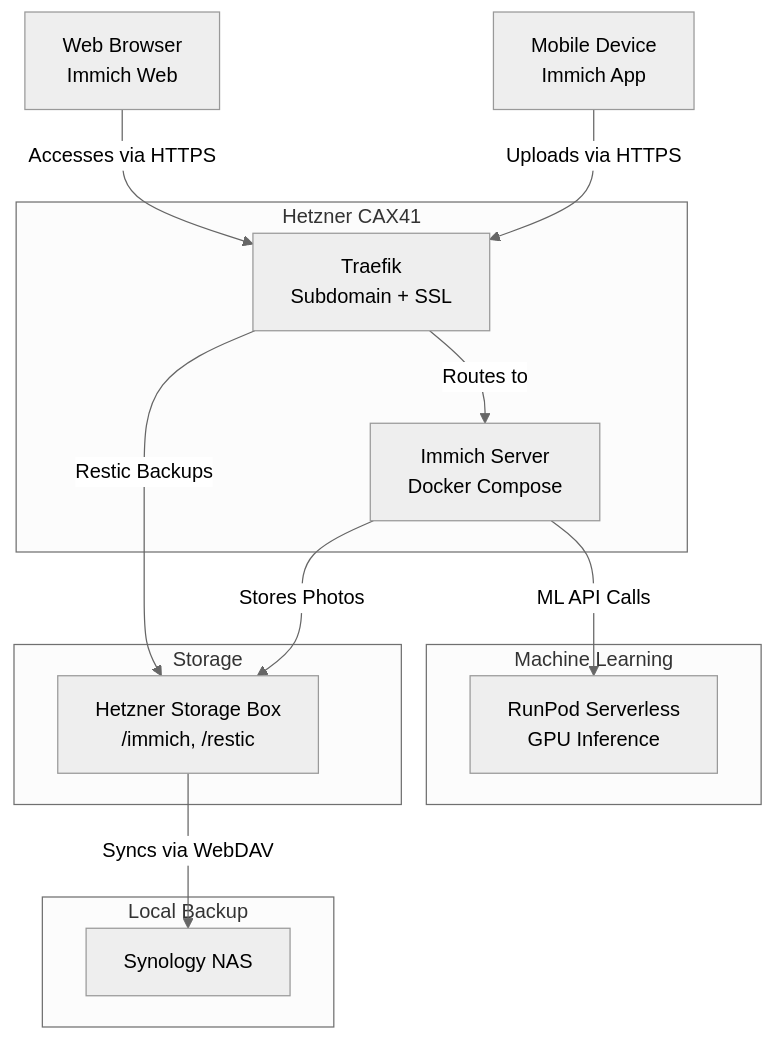
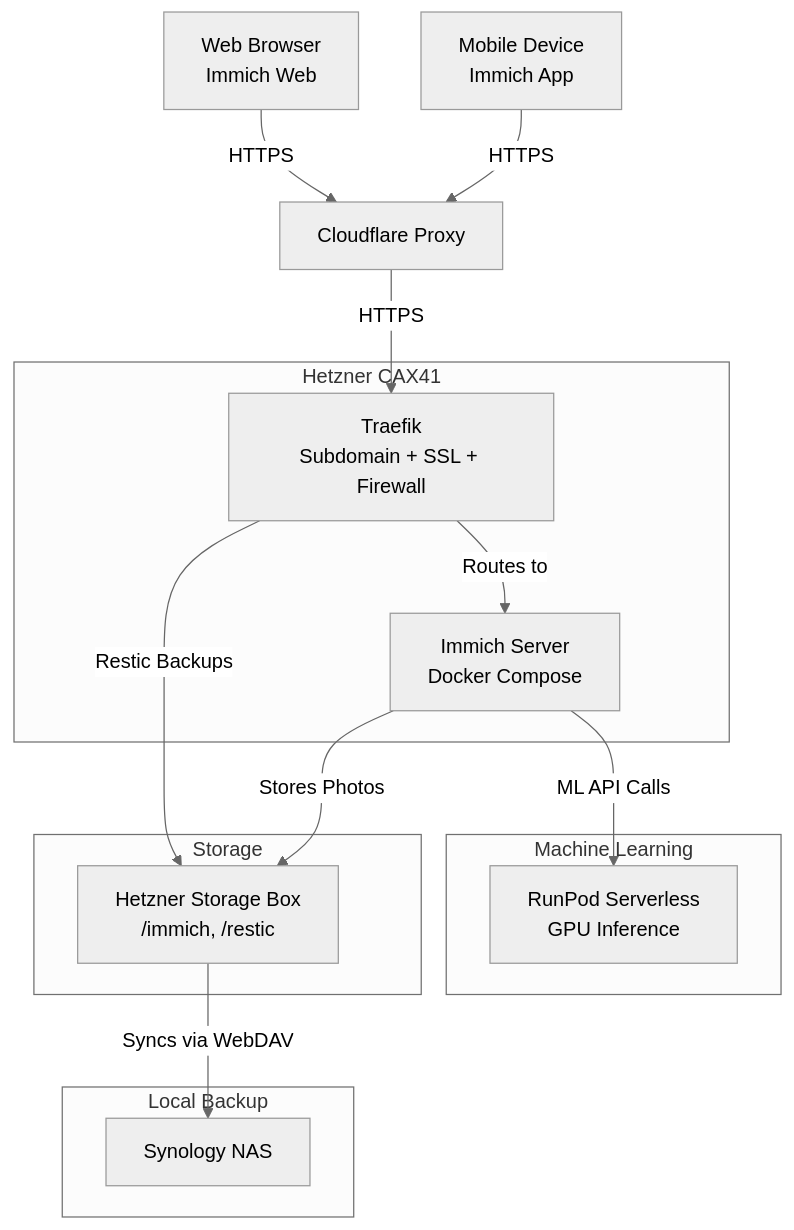
The diagram in reference/image-server.md (deepbrainspace/deepbrain-stack), drawn with Mermaid (neutral theme) before and after one commit. The commit also changed other lines of this file, not shown here.

Commit message:
feat: add image server diagram

````diff
--- a/reference/image-server.md
+++ b/reference/image-server.md
@@ -9,27 +9,28 @@
 ```mermaid
 graph TD
-    A[Mobile Device<br>Immich App] -->|Uploads via HTTPS| B[CAX41<br>Traefik]
-    C[Web Browser<br>Immich Web] -->|Accesses via HTTPS| B
+    A[Mobile Device<br>Immich App] -->|HTTPS| H[Cloudflare Proxy]
+    C[Web Browser<br>Immich Web] -->|HTTPS| H
+    H -->|HTTPS| B[CAX41<br>Traefik + Firewall]
     B -->|Routes to| D[Immich Server<br>Docker Compose]
     D -->|Stores Photos| E[Hetzner Storage Box<br>Mounted via SSHFS]
     D -->|ML API Calls| F[RunPod Serverless<br>GPU Inference]
     B -->|Restic Backups| E
     E -->|Syncs via WebDAV| G[Synology NAS<br>Local Backup]
     
     subgraph Hetzner CAX41
-        B[Traefik<br>Subdomain + SSL]
+        B[Traefik<br>Subdomain + SSL + Firewall]
         D[Immich Server<br>Docker Compose]
     end
     
     subgraph Machine Learning
         F[RunPod Serverless<br>GPU Inference]
     end
     
     subgraph Storage
         E[Hetzner Storage Box<br>/immich, /restic]
     end
     
     subgraph Local Backup
         G[Synology NAS]
     end
 ```
````
